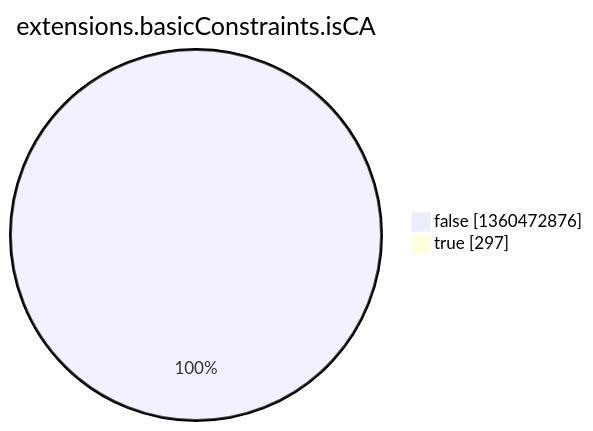
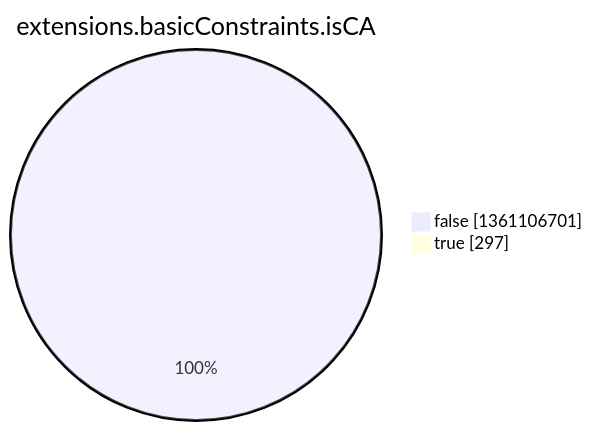
The eighth of 15 diagrams in argon2022/README.md (christiankrug/ctmonitor_visualization), drawn with Mermaid before and after one commit. The commit also changed other lines of this file, not shown here.

````diff
--- a/argon2022/README.md
+++ b/argon2022/README.md
@@ -2758,6 +2758,6 @@
 ```mermaid
 pie showData
 title extensions.basicConstraints.isCA
-"false" :1360472876
+"false" :1361106701
 "true" :297
 ```
````
